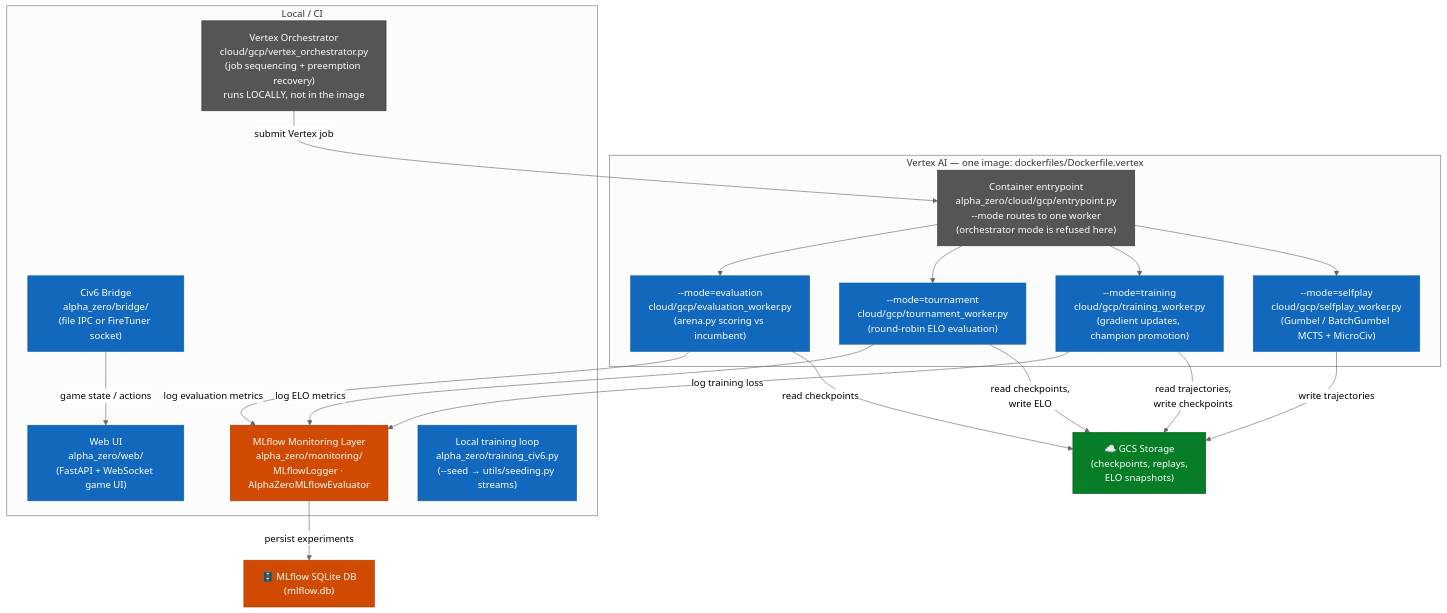
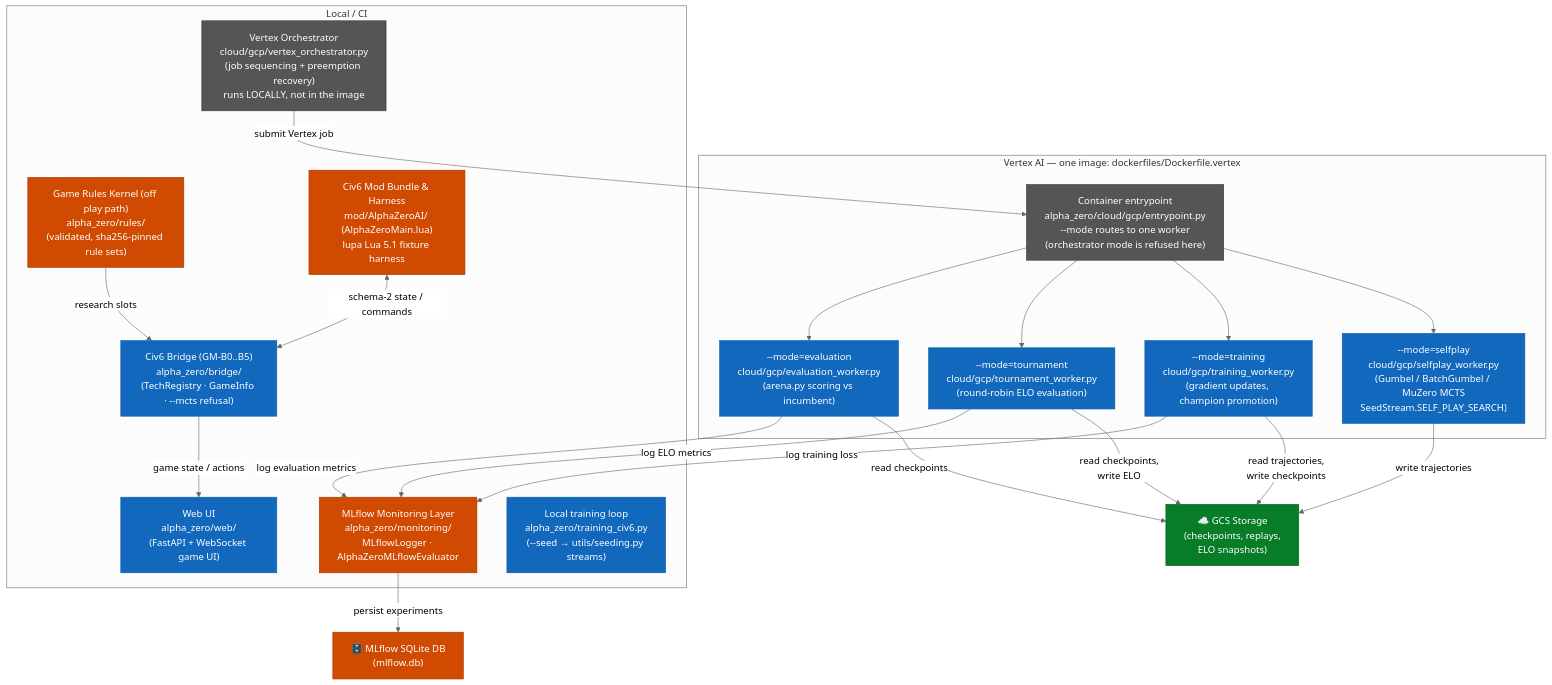
Before and after one commit to Mango-Metrics-NLM/Civ6-AlphaZero: the second of 9 diagrams in docs/architecture/C4_ARCHITECTURE.md, drawn with Mermaid (neutral theme). The commit also changed other lines of this file and 34 other files, not shown here.

Commit message:
fix(selfplay,governance): post-merge GM/Lua GPU AQA, validator determinism, and pre-PR alignment

````diff
--- a/docs/architecture/C4_ARCHITECTURE.md
+++ b/docs/architecture/C4_ARCHITECTURE.md
@@ -68,44 +68,48 @@
 ```mermaid
 flowchart TB
     classDef worker fill:#1168BD,color:#fff,stroke:#0E5EA8
     classDef storage fill:#067D26,color:#fff,stroke:#055E1C
     classDef new fill:#D04A02,color:#fff,stroke:#A33A01
     classDef infra fill:#555,color:#fff,stroke:#333
 
     GCS["☁️ GCS Storage\n(checkpoints, replays,\nELO snapshots)"]:::storage
     MLiteDB["🗄️ MLflow SQLite DB\n(mlflow.db)"]:::new
 
     subgraph VertexAI["Vertex AI — one image: dockerfiles/Dockerfile.vertex"]
         Entry["Container entrypoint\nalpha_zero/cloud/gcp/entrypoint.py\n--mode routes to one worker\n(orchestrator mode is refused here)"]:::infra
-        SPWorker["--mode=selfplay\ncloud/gcp/selfplay_worker.py\n(Gumbel / BatchGumbel MCTS + MicroCiv)"]:::worker
+        SPWorker["--mode=selfplay\ncloud/gcp/selfplay_worker.py\n(Gumbel / BatchGumbel / MuZero MCTS\nSeedStream.SELF_PLAY_SEARCH)"]:::worker
         TrainWorker["--mode=training\ncloud/gcp/training_worker.py\n(gradient updates, champion promotion)"]:::worker
         TournWorker["--mode=tournament\ncloud/gcp/tournament_worker.py\n(round-robin ELO evaluation)"]:::worker
         EvalWorker["--mode=evaluation\ncloud/gcp/evaluation_worker.py\n(arena.py scoring vs incumbent)"]:::worker
     end
 
     subgraph Local["Local / CI"]
         VOrch["Vertex Orchestrator\ncloud/gcp/vertex_orchestrator.py\n(job sequencing + preemption recovery)\nruns LOCALLY, not in the image"]:::infra
         MonLayer["MLflow Monitoring Layer\nalpha_zero/monitoring/\nMLflowLogger · AlphaZeroMLflowEvaluator"]:::new
         WebUI["Web UI\nalpha_zero/web/\n(FastAPI + WebSocket game UI)"]:::worker
-        Bridge["Civ6 Bridge\nalpha_zero/bridge/\n(file IPC or FireTuner socket)"]:::worker
+        RulesKernel["Game Rules Kernel (off play path)\nalpha_zero/rules/\n(validated, sha256-pinned rule sets)"]:::new
+        Bridge["Civ6 Bridge (GM-B0..B5)\nalpha_zero/bridge/\n(TechRegistry · GameInfo · --mcts refusal)"]:::worker
+        LuaMod["Civ6 Mod Bundle & Harness\nmod/AlphaZeroAI/ (AlphaZeroMain.lua)\nlupa Lua 5.1 fixture harness"]:::new
         TrainLoop["Local training loop\nalpha_zero/training_civ6.py\n(--seed → utils/seeding.py streams)"]:::worker
     end
 
     VOrch -->|"submit Vertex job"| Entry
     Entry --> SPWorker
     Entry --> TrainWorker
     Entry --> TournWorker
     Entry --> EvalWorker
 
     SPWorker -->|"write trajectories"| GCS
     TrainWorker -->|"read trajectories,\nwrite checkpoints"| GCS
     TournWorker -->|"read checkpoints,\nwrite ELO"| GCS
     EvalWorker -->|"read checkpoints"| GCS
 
     EvalWorker -->|"log evaluation metrics"| MonLayer
     TournWorker -->|"log ELO metrics"| MonLayer
     TrainWorker -->|"log training loss"| MonLayer
     MonLayer -->|"persist experiments"| MLiteDB
 
+    RulesKernel -->|"research slots"| Bridge
+    LuaMod <-->|"schema-2 state / commands"| Bridge
     Bridge -->|"game state / actions"| WebUI
 ```
````
